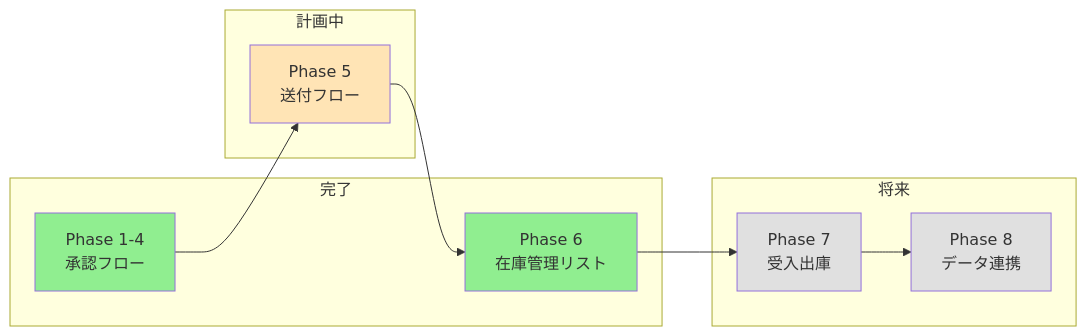
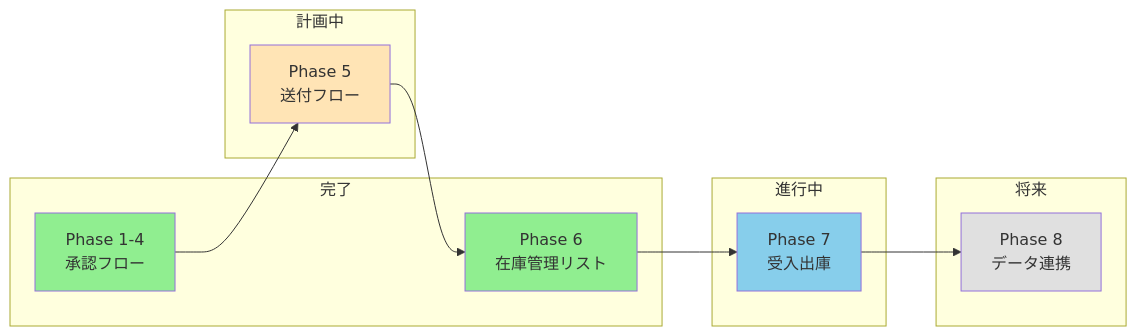
Before and after one commit to satoshi19840417/sharepoint: the diagram in Documents/SharePointリスト化_進捗まとめ.md, drawn with Mermaid. The commit also changed other lines of this file and 2 other files, not shown here.

Commit message:
Update: Phase 7 progress and ignore sensitive script

````diff
--- a/Documents/SharePointリスト化_進捗まとめ.md
+++ b/Documents/SharePointリスト化_進捗まとめ.md
@@ -10,21 +10,23 @@
 ```mermaid
 graph LR
     subgraph 完了
         P1[Phase 1-4<br/>承認フロー] 
         P6[Phase 6<br/>在庫管理リスト]
     end
+    subgraph 進行中
+        P7[Phase 7<br/>受入出庫]
+    end
     subgraph 計画中
         P5[Phase 5<br/>送付フロー]
     end
     subgraph 将来
-        P7[Phase 7<br/>受入出庫]
         P8[Phase 8<br/>データ連携]
     end
     P1 --> P5 --> P6 --> P7 --> P8
     
     style P1 fill:#90EE90
     style P6 fill:#90EE90
     style P5 fill:#FFE4B5
-    style P7 fill:#E0E0E0
+    style P7 fill:#87CEEB
     style P8 fill:#E0E0E0
 ```
````
